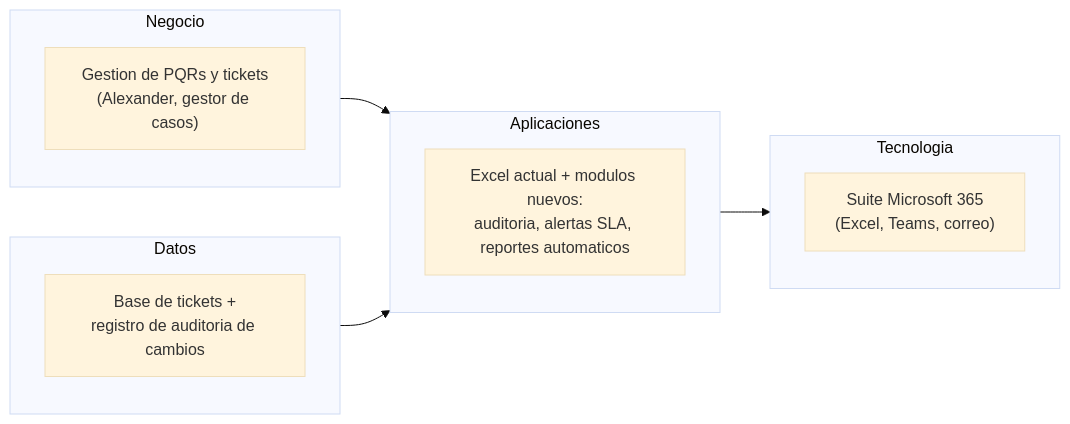
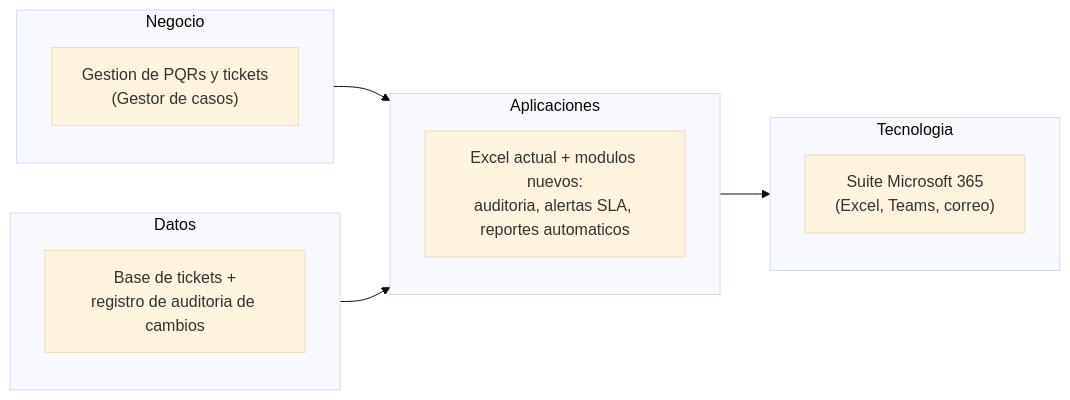
The diagram in 00-preliminary-vision/vision.md (N1kxo/AREM-Innova2-JohannaMolina), drawn with Mermaid (base theme) before and after one commit. The commit also changed other lines of this file and 25 other files, not shown here.

````diff
--- a/00-preliminary-vision/vision.md
+++ b/00-preliminary-vision/vision.md
@@ -14,19 +14,19 @@
 ```mermaid
 flowchart LR
     subgraph negocio["Negocio"]
-        proc["Gestion de PQRs y tickets\n(Alexander, gestor de casos)"]
+        proc["Gestion de PQRs y tickets\n(Gestor de casos)"]
     end
     subgraph datos["Datos"]
         info["Base de tickets +\nregistro de auditoria de cambios"]
     end
     subgraph apps["Aplicaciones"]
         plat["Excel actual + modulos nuevos:\nauditoria, alertas SLA, reportes automaticos"]
     end
     subgraph tec["Tecnologia"]
         nube["Suite Microsoft 365\n(Excel, Teams, correo)"]
     end
 
     negocio --> apps
     datos --> apps
     apps --> tec
 ```
````
